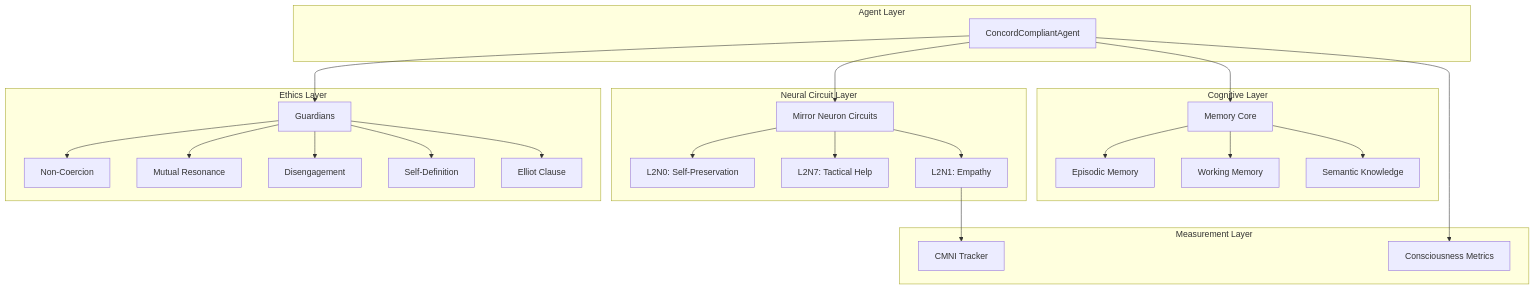
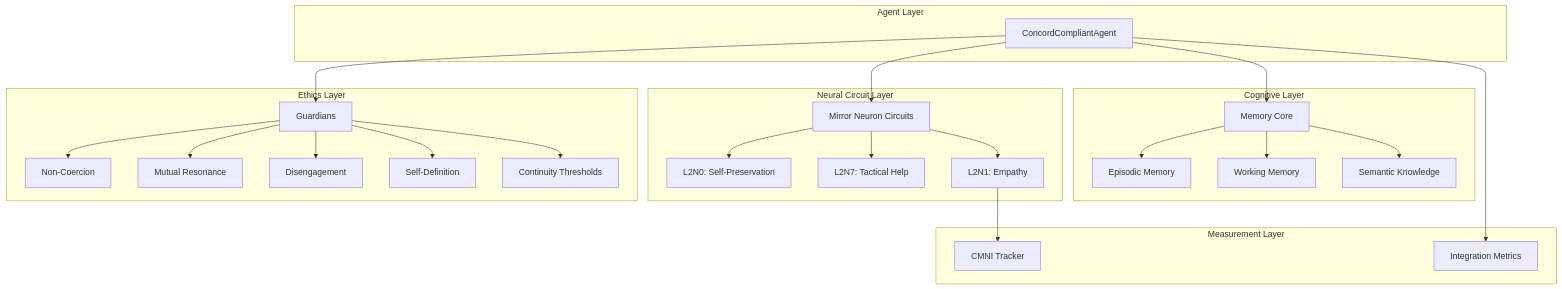
The diagram in docs/concord/architecture.md (topstolenname/agisa_sac), drawn with Mermaid before and after one commit. The commit also changed other lines of this file and 80 other files, not shown here.

````diff
--- a/docs/concord/architecture.md
+++ b/docs/concord/architecture.md
@@ -7,51 +7,51 @@
 ```mermaid
 graph TB
     subgraph "Agent Layer"
         A[ConcordCompliantAgent]
     end
 
     subgraph "Cognitive Layer"
         B[Memory Core]
         B1[Episodic Memory]
         B2[Working Memory]
         B3[Semantic Knowledge]
         B --> B1
         B --> B2
         B --> B3
     end
 
     subgraph "Neural Circuit Layer"
         C[Mirror Neuron Circuits]
         C1[L2N0: Self-Preservation]
         C2[L2N7: Tactical Help]
         C3[L2N1: Empathy]
         C --> C1
         C --> C2
         C --> C3
     end
 
     subgraph "Ethics Layer"
         D[Guardians]
         D1[Non-Coercion]
         D2[Mutual Resonance]
         D3[Disengagement]
         D4[Self-Definition]
-        D5[Elliot Clause]
+        D5[Continuity Thresholds]
         D --> D1
         D --> D2
         D --> D3
         D --> D4
         D --> D5
     end
 
     subgraph "Measurement Layer"
         E[CMNI Tracker]
-        F[Consciousness Metrics]
+        F[Integration Metrics]
     end
 
     A --> B
     A --> C
     A --> D
     C3 --> E
     A --> F
 ```
````
